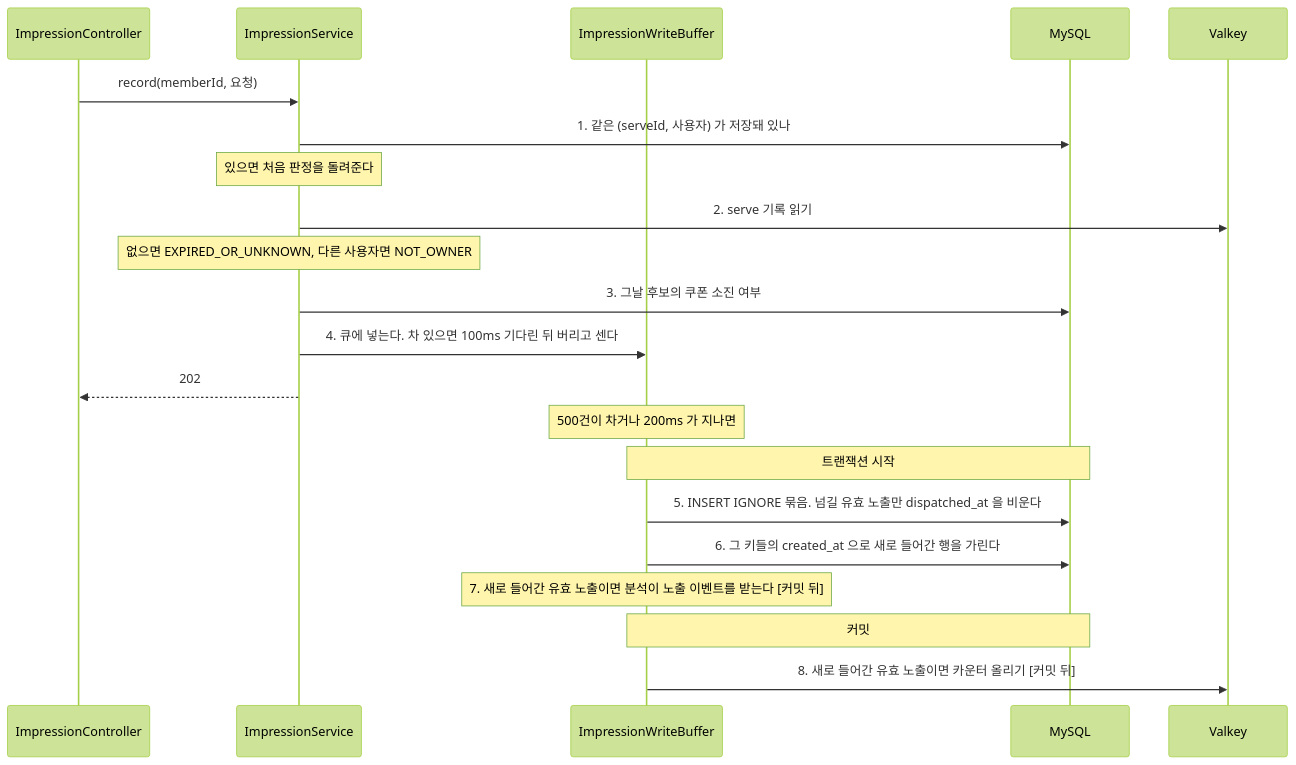
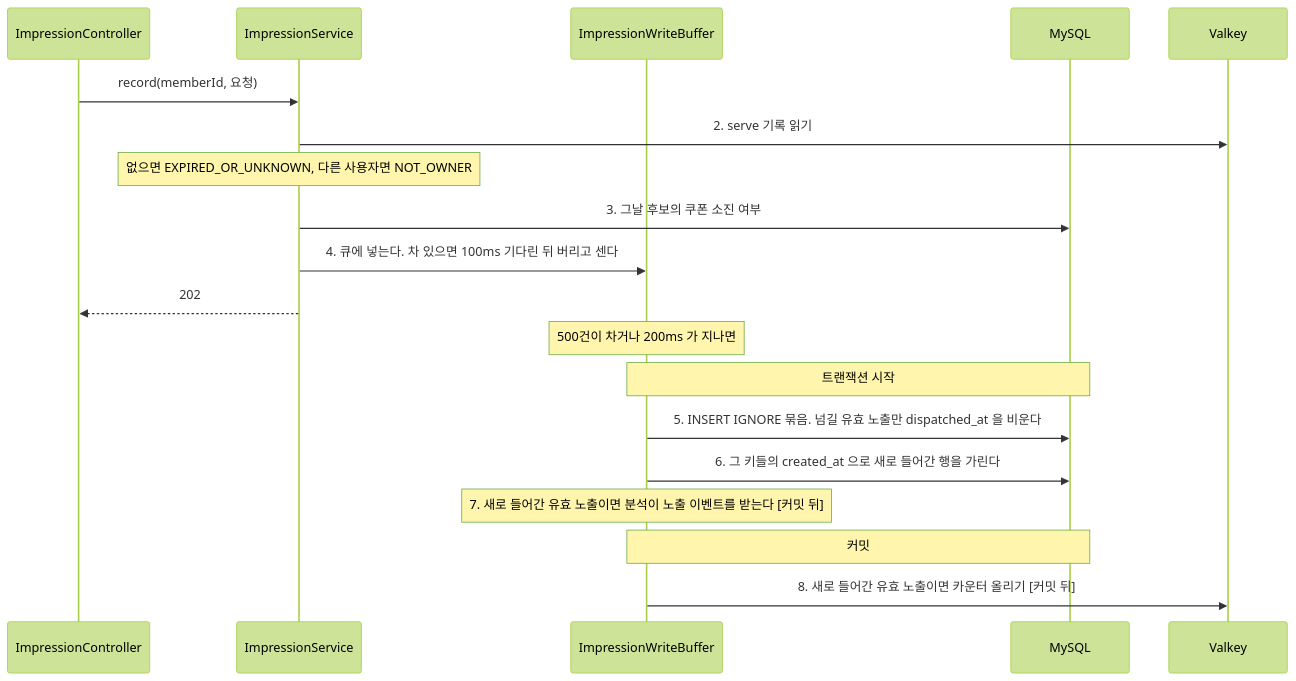
One commit to lunch-catch/lc-backend changed the third of 6 diagrams in docs/design/adserving/adserving_구조와_동작_설계.md. Above: the diagram before and after it, drawn with Mermaid (forest theme). The commit also changed other lines of this file and 6 other files, not shown here.

````diff
--- a/docs/design/adserving/adserving_구조와_동작_설계.md
+++ b/docs/design/adserving/adserving_구조와_동작_설계.md
@@ -493,23 +493,21 @@
 ```mermaid
 sequenceDiagram
     participant C as ImpressionController
     participant S as ImpressionService
     participant Q as ImpressionWriteBuffer
     participant DB as MySQL
     participant V as Valkey
     C->>S: record(memberId, 요청)
-    S->>DB: 1. 같은 (serveId, 사용자) 가 저장돼 있나
-    Note over S: 있으면 처음 판정을 돌려준다
     S->>V: 2. serve 기록 읽기
     Note over S: 없으면 EXPIRED_OR_UNKNOWN, 다른 사용자면 NOT_OWNER
     S->>DB: 3. 그날 후보의 쿠폰 소진 여부
     S->>Q: 4. 큐에 넣는다. 차 있으면 100ms 기다린 뒤 버리고 센다
     S-->>C: 202
     Note over Q: 500건이 차거나 200ms 가 지나면
     Note over Q,DB: 트랜잭션 시작
     Q->>DB: 5. INSERT IGNORE 묶음. 넘길 유효 노출만 dispatched_at 을 비운다
     Q->>DB: 6. 그 키들의 created_at 으로 새로 들어간 행을 가린다
     Note over Q: 7. 새로 들어간 유효 노출이면 분석이 노출 이벤트를 받는다 [커밋 뒤]
     Note over Q,DB: 커밋
     Q->>V: 8. 새로 들어간 유효 노출이면 카운터 올리기 [커밋 뒤]
 ```
````
